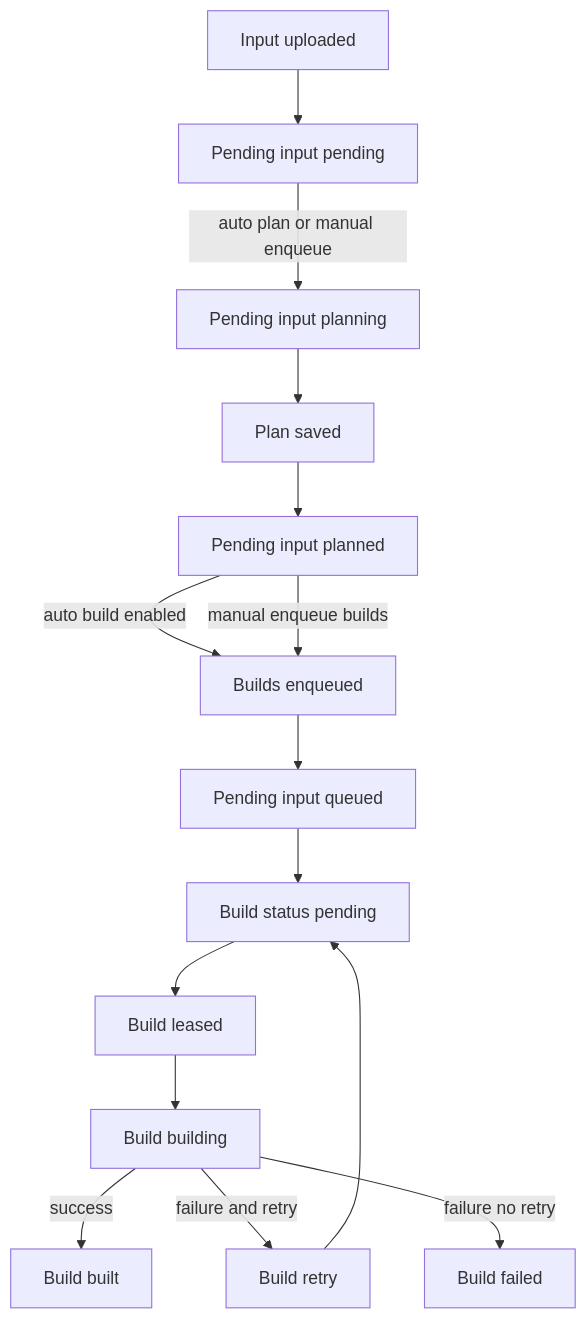
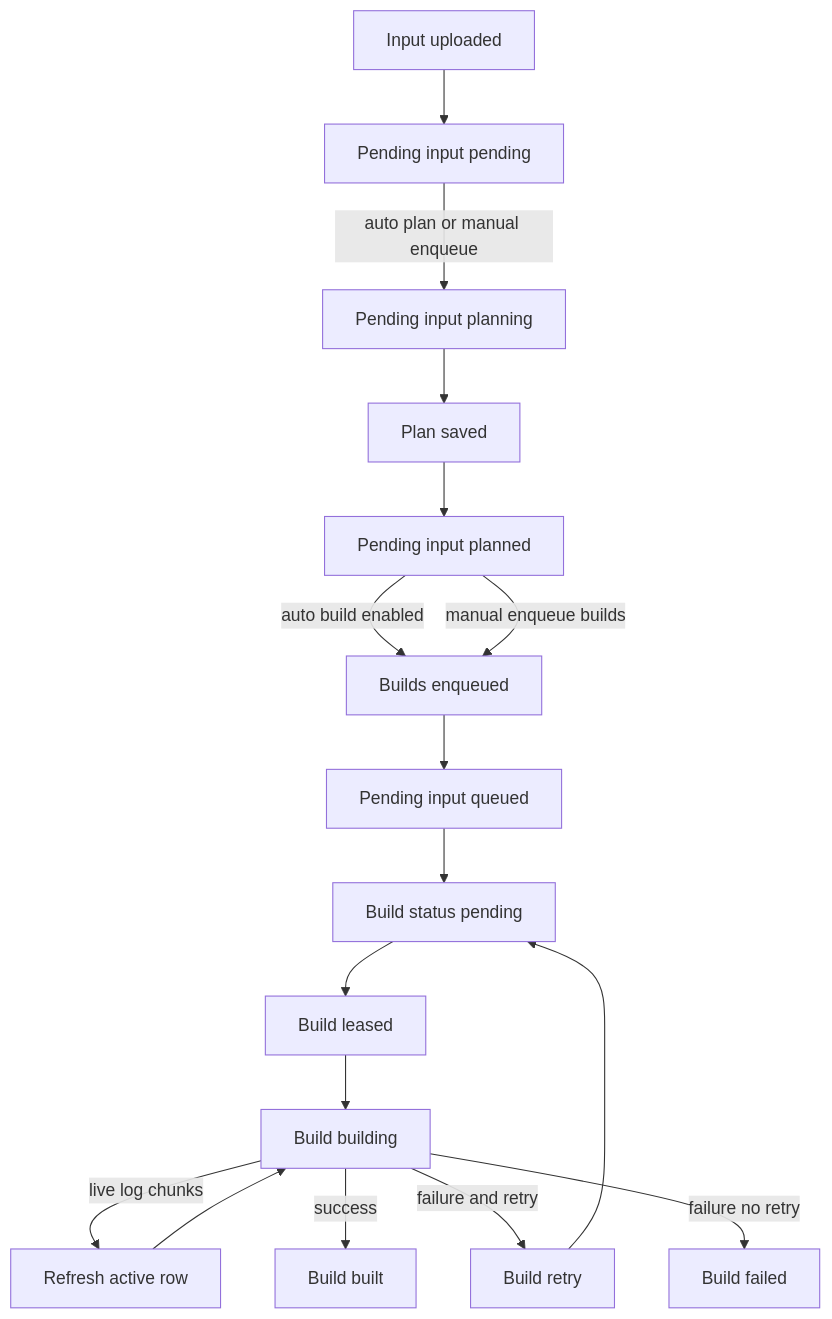
The diagram in docs/diagrams/queue-status-lifecycle.mmd (k8ika0s/s390x-wheel-refinery), drawn with Mermaid before and after one commit. The commit also changed 7 other files, not shown here.

Commit message:
Tighten docs and diagrams for rollout readiness

```diff
--- a/docs/diagrams/queue-status-lifecycle.mmd
+++ b/docs/diagrams/queue-status-lifecycle.mmd
@@ -1,15 +1,17 @@
 flowchart TD
   A[Input uploaded] --> B[Pending input pending]
   B -->|auto plan or manual enqueue| C[Pending input planning]
   C --> D[Plan saved]
   D --> E[Pending input planned]
   E -->|auto build enabled| F[Builds enqueued]
   E -->|manual enqueue builds| F
   F --> G[Pending input queued]
   G --> H[Build status pending]
   H --> I[Build leased]
   I --> J[Build building]
+  J -->|live log chunks| J1[Refresh active row]
+  J1 --> J
   J -->|success| K[Build built]
   J -->|failure and retry| L[Build retry]
   L --> H
   J -->|failure no retry| M[Build failed]
```
